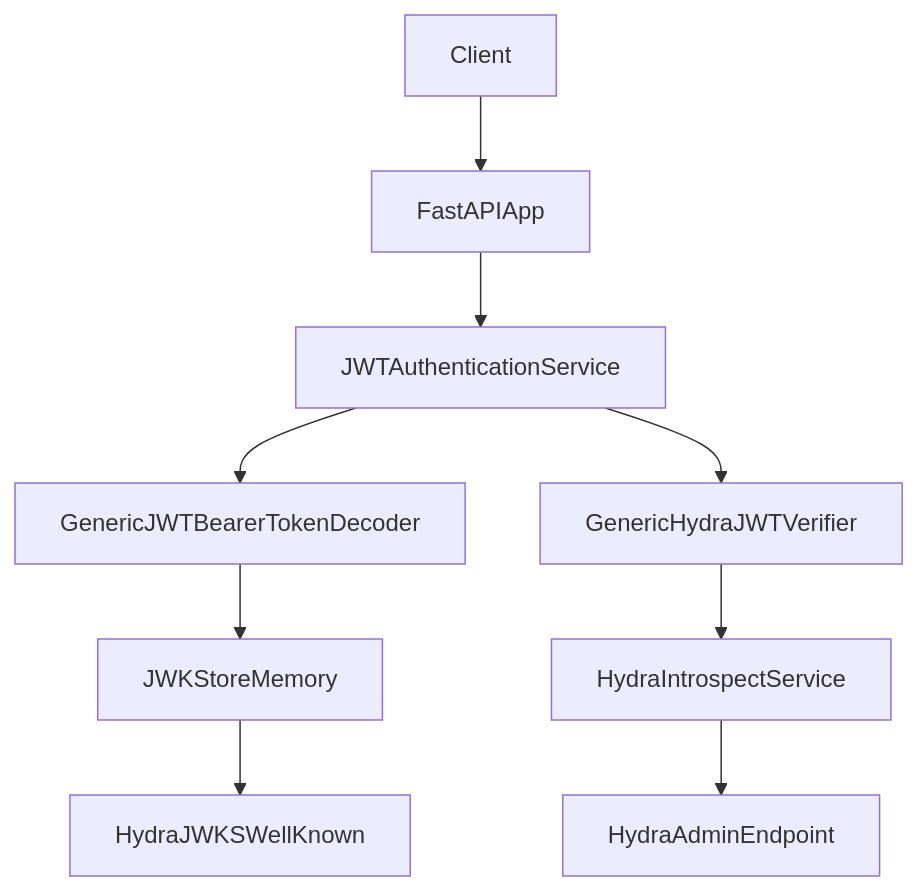
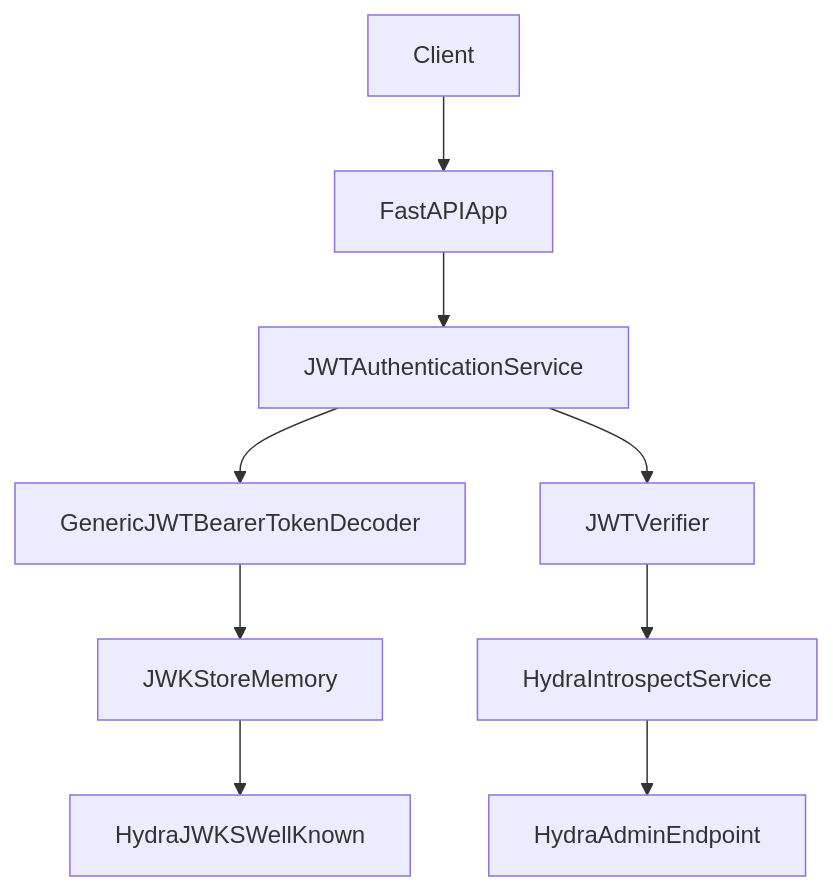
The diagram in skills/fastapi-factory-utilities/references/jwt-authentication.md (DeerHide/agent_skills), drawn with Mermaid before and after one commit. The commit also changed other lines of this file and 11 other files, not shown here.

````diff
--- a/skills/fastapi-factory-utilities/references/jwt-authentication.md
+++ b/skills/fastapi-factory-utilities/references/jwt-authentication.md
@@ -303,11 +203,11 @@
 ```mermaid
 flowchart TD
   client[Client] --> api[FastAPIApp]
   api --> jwtService[JWTAuthenticationService]
   jwtService --> decoder[GenericJWTBearerTokenDecoder]
-  jwtService --> verifier[GenericHydraJWTVerifier]
+  jwtService --> verifier[JWTVerifier]
   decoder --> jwkStore[JWKStoreMemory]
   verifier --> hydraIntrospect[HydraIntrospectService]
   hydraIntrospect --> hydraAdmin[HydraAdminEndpoint]
   jwkStore --> hydraPublic[HydraJWKSWellKnown]
 ```
````
